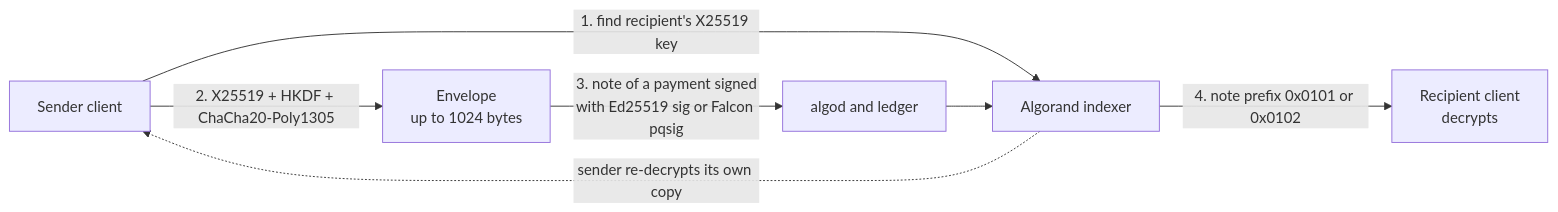
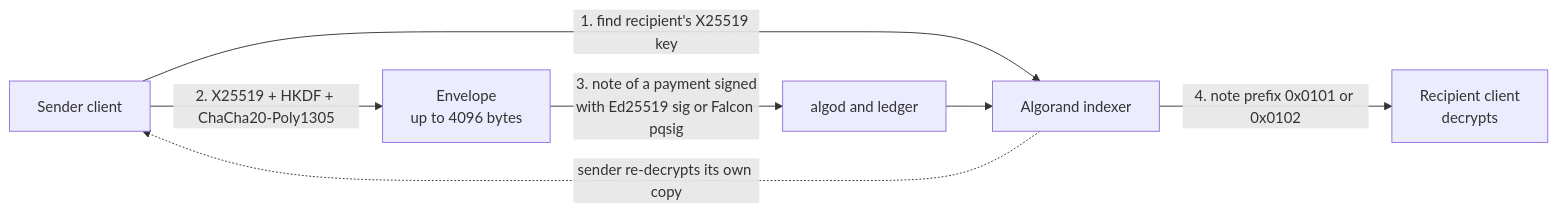
Before and after one commit to CorvidLabs/protocol-algochat: the diagram in README.md, drawn with Mermaid. The commit also changed other lines of this file and 6 other files, not shown here.

````diff
--- a/README.md
+++ b/README.md
@@ -89,9 +101,9 @@
 ```mermaid
 flowchart LR
     S["Sender client"] -- "1. find recipient's X25519 key" --> I["Algorand indexer"]
-    S -- "2. X25519 + HKDF + ChaCha20-Poly1305" --> E["Envelope<br/>up to 1024 bytes"]
+    S -- "2. X25519 + HKDF + ChaCha20-Poly1305" --> E["Envelope<br/>up to 4096 bytes"]
     E -- "3. note of a payment signed<br/>with Ed25519 sig or Falcon pqsig" --> N["algod and ledger"]
     N --> I
     I -- "4. note prefix 0x0101 or 0x0102" --> R["Recipient client<br/>decrypts"]
     I -. "sender re-decrypts its own copy" .-> S
 ```
````
